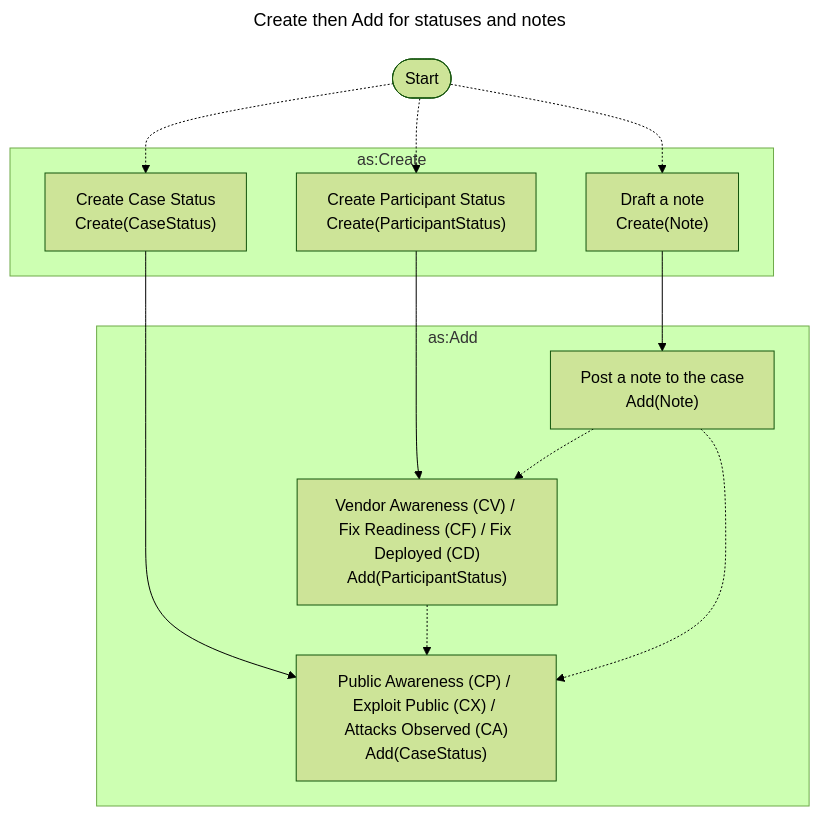
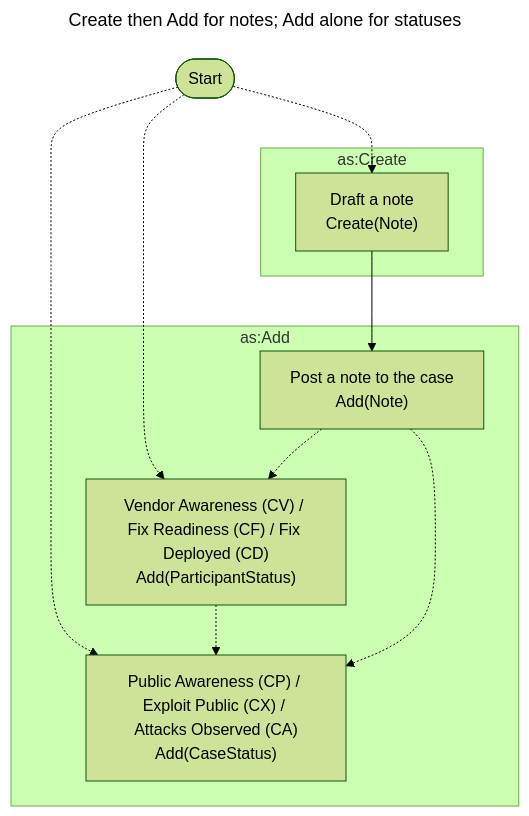
The second of 4 diagrams in docs/topics/activity_vocabulary_design.md (CERTCC/Vultron), drawn with Mermaid (forest theme) before and after one commit. The commit also changed other lines of this file and 89 other files, not shown here.

````diff
--- a/docs/topics/activity_vocabulary_design.md
+++ b/docs/topics/activity_vocabulary_design.md
@@ -117,26 +118,22 @@
 ```mermaid
 ---
-title: Create then Add for statuses and notes
+title: Create then Add for notes; Add alone for statuses
 ---
 flowchart TB
     subgraph as:Add
         AddNoteToCase["Post a note to the case<br/>Add(Note)"]
         AddStatusToCase["Public Awareness (CP) / Exploit Public (CX) / Attacks Observed (CA)<br/>Add(CaseStatus)"]
         AddStatusToParticipant["Vendor Awareness (CV) / Fix Readiness (CF) / Fix Deployed (CD)<br/>Add(ParticipantStatus)"]
     end
     subgraph as:Create
         CreateNote["Draft a note<br/>Create(Note)"]
-        CreateParticipantStatus["Create Participant Status<br/>Create(ParticipantStatus)"]
-        CreateCaseStatus["Create Case Status<br/>Create(CaseStatus)"]
     end
     start([Start])
-    start -.-> CreateCaseStatus
-    start -.-> CreateParticipantStatus
+    start -.-> AddStatusToCase
+    start -.-> AddStatusToParticipant
     start -.-> CreateNote
     CreateNote --> AddNoteToCase
-    CreateCaseStatus --> AddStatusToCase
-    CreateParticipantStatus --> AddStatusToParticipant
     AddStatusToParticipant -.-> AddStatusToCase
     AddNoteToCase -.-> AddStatusToParticipant
     AddNoteToCase -.-> AddStatusToCase
 ```
````
